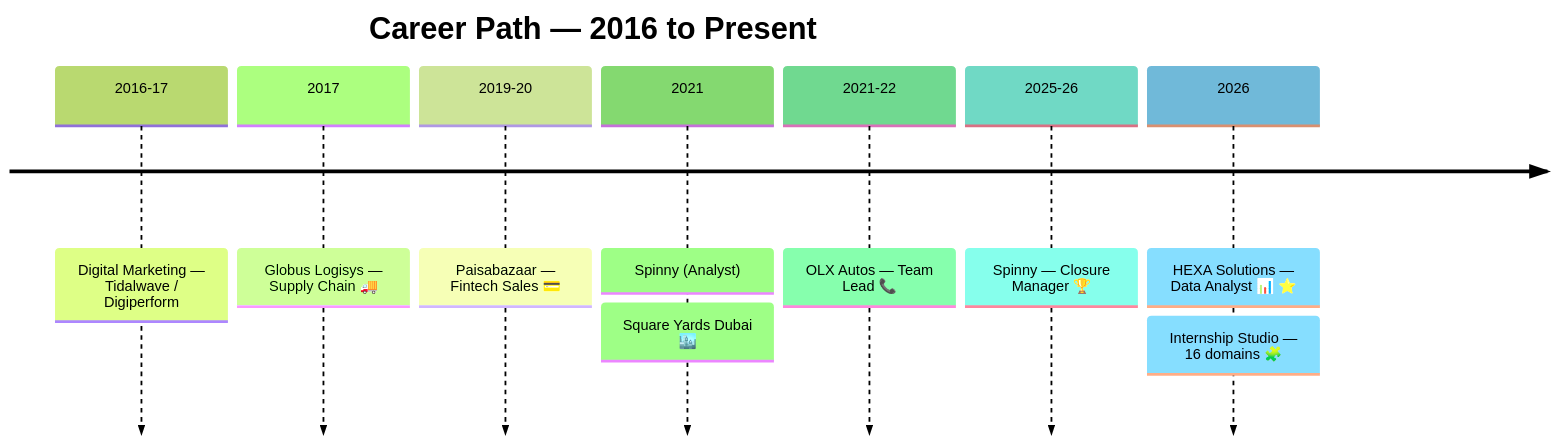
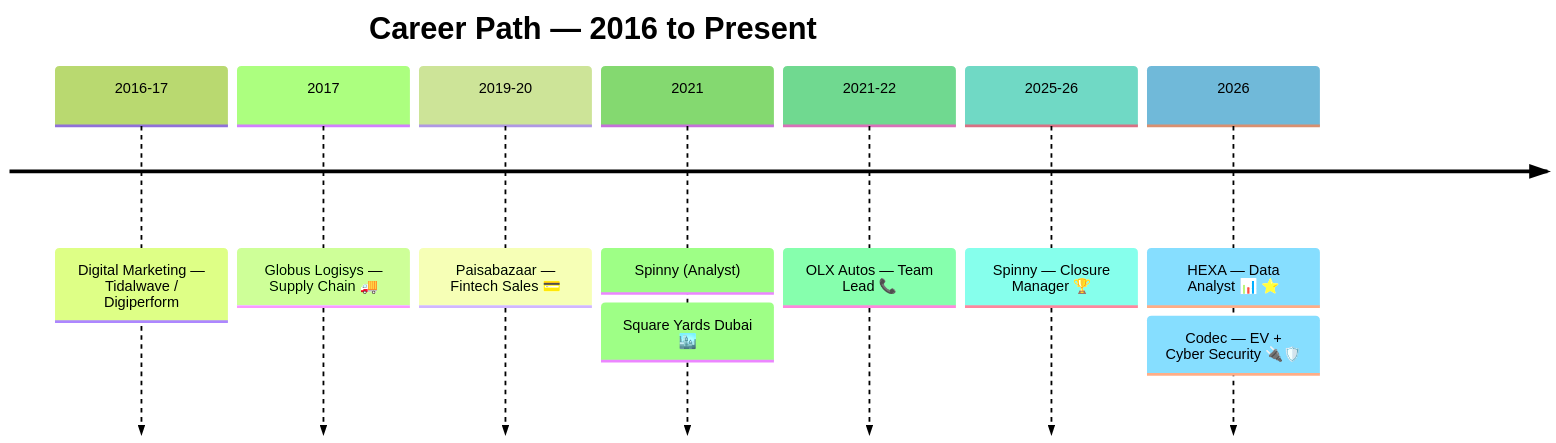
Before and after one commit to Eswar5313/Eswar5313: the diagram in EXPERIENCE.md, drawn with Mermaid (forest theme). The commit also changed other lines of this file, not shown here.

````diff
--- a/EXPERIENCE.md
+++ b/EXPERIENCE.md
@@ -158,11 +141,11 @@
 ```mermaid
 timeline
     title Career Path — 2016 to Present
     2016-17 : Digital Marketing — Tidalwave / Digiperform
     2017 : Globus Logisys — Supply Chain 🚚
     2019-20 : Paisabazaar — Fintech Sales 💳
     2021 : Spinny (Analyst) : Square Yards Dubai 🏙️
     2021-22 : OLX Autos — Team Lead 📞
     2025-26 : Spinny — Closure Manager 🏆
-    2026 : HEXA Solutions — Data Analyst 📊 ⭐ : Internship Studio — 16 domains 🧩
+    2026 : HEXA — Data Analyst 📊 ⭐ : Codec — EV + Cyber Security 🔌🛡️
 ```
````
